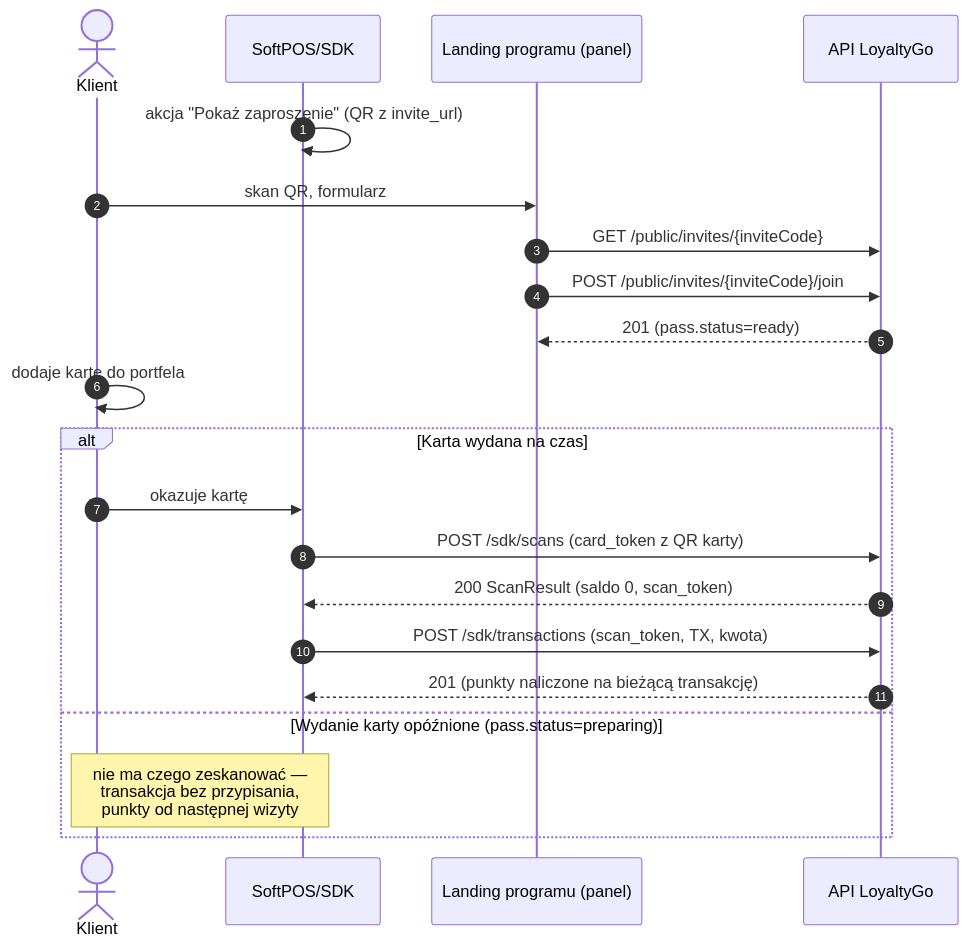
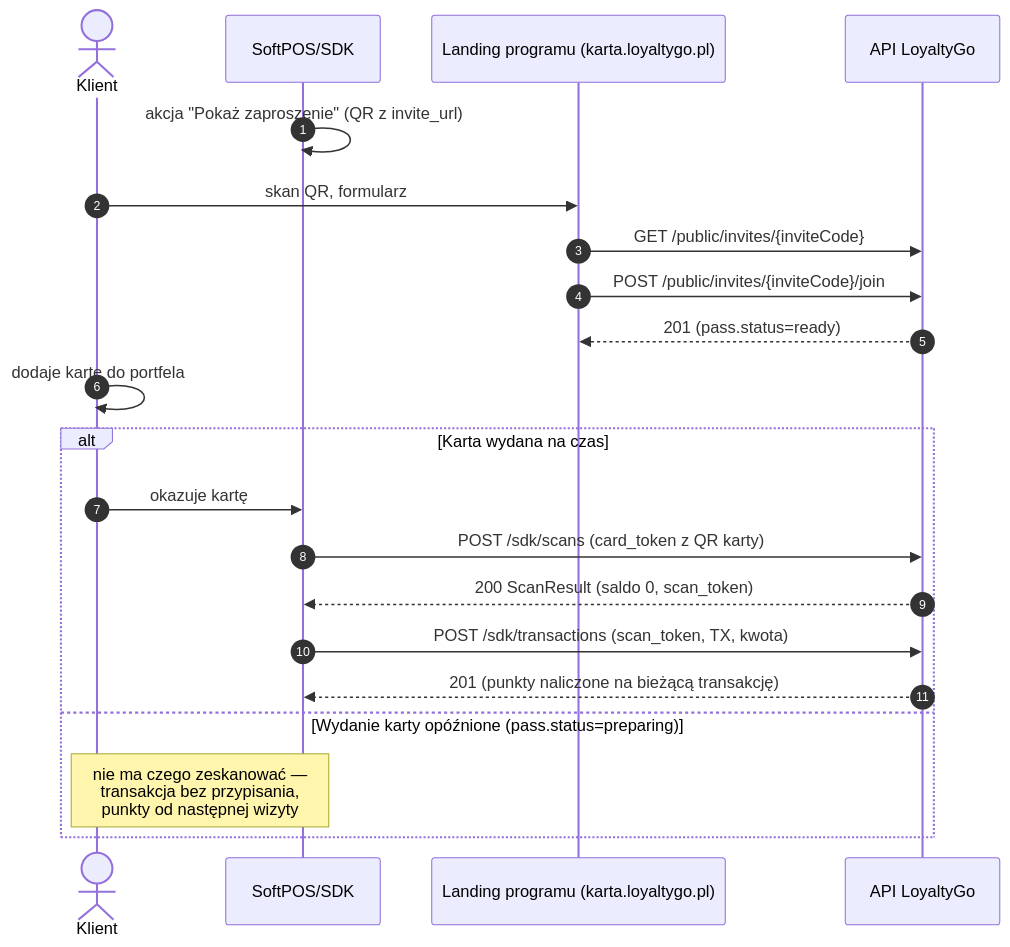
One commit to karszm/LoyaltyGo changed the second of 14 diagrams in docs/api/sequence-diagrams.md. Above: the diagram before and after it, drawn with Mermaid. The commit also changed other lines of this file and 2 other files, not shown here.

````diff
--- a/docs/api/sequence-diagrams.md
+++ b/docs/api/sequence-diagrams.md
@@ -113,25 +113,25 @@
 ```mermaid
 sequenceDiagram
     autonumber
     actor K as Klient
     participant POS as SoftPOS/SDK
-    participant S as Landing programu (panel)
+    participant S as Landing programu (karta.loyaltygo.pl)
     participant API as API LoyaltyGo
 
     POS->>POS: akcja "Pokaż zaproszenie" (QR z invite_url)
     K->>S: skan QR, formularz
     S->>API: GET /public/invites/{inviteCode}
     S->>API: POST /public/invites/{inviteCode}/join
     API-->>S: 201 (pass.status=ready)
     K->>K: dodaje kartę do portfela
 
     alt Karta wydana na czas
         K->>POS: okazuje kartę
         POS->>API: POST /sdk/scans (card_token z QR karty)
         API-->>POS: 200 ScanResult (saldo 0, scan_token)
         POS->>API: POST /sdk/transactions (scan_token, TX, kwota)
         API-->>POS: 201 (punkty naliczone na bieżącą transakcję)
     else Wydanie karty opóźnione (pass.status=preparing)
         Note over K,POS: nie ma czego zeskanować —<br/>transakcja bez przypisania,<br/>punkty od następnej wizyty
     end
 ```
````
